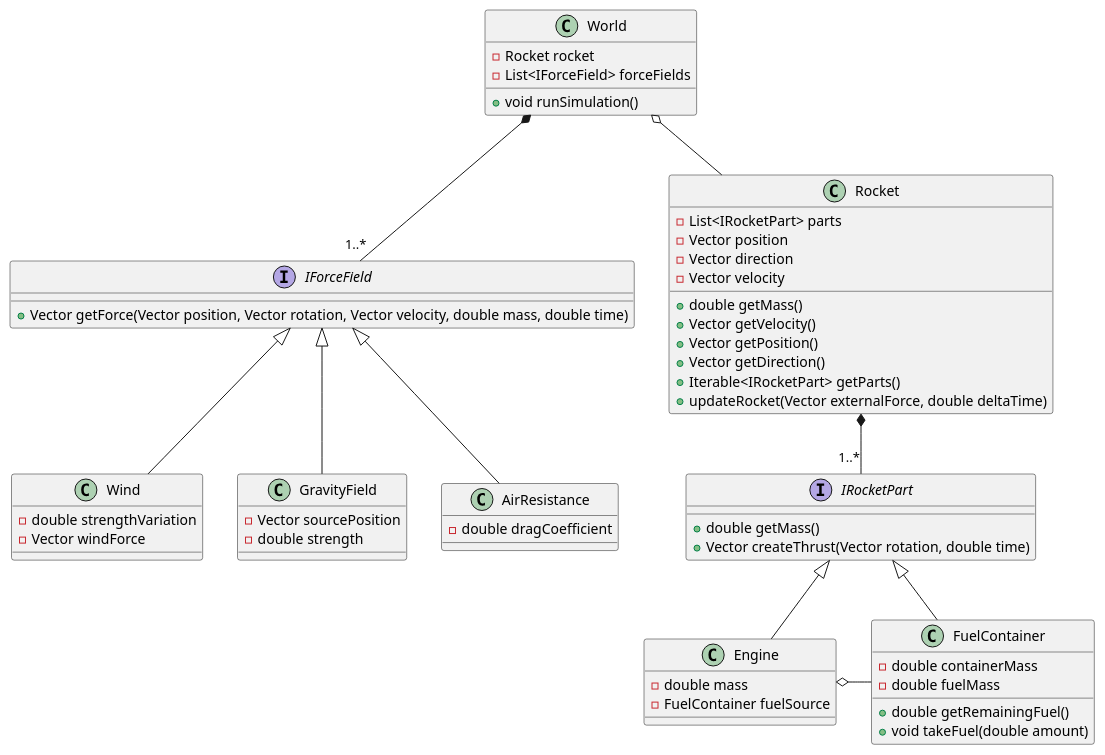
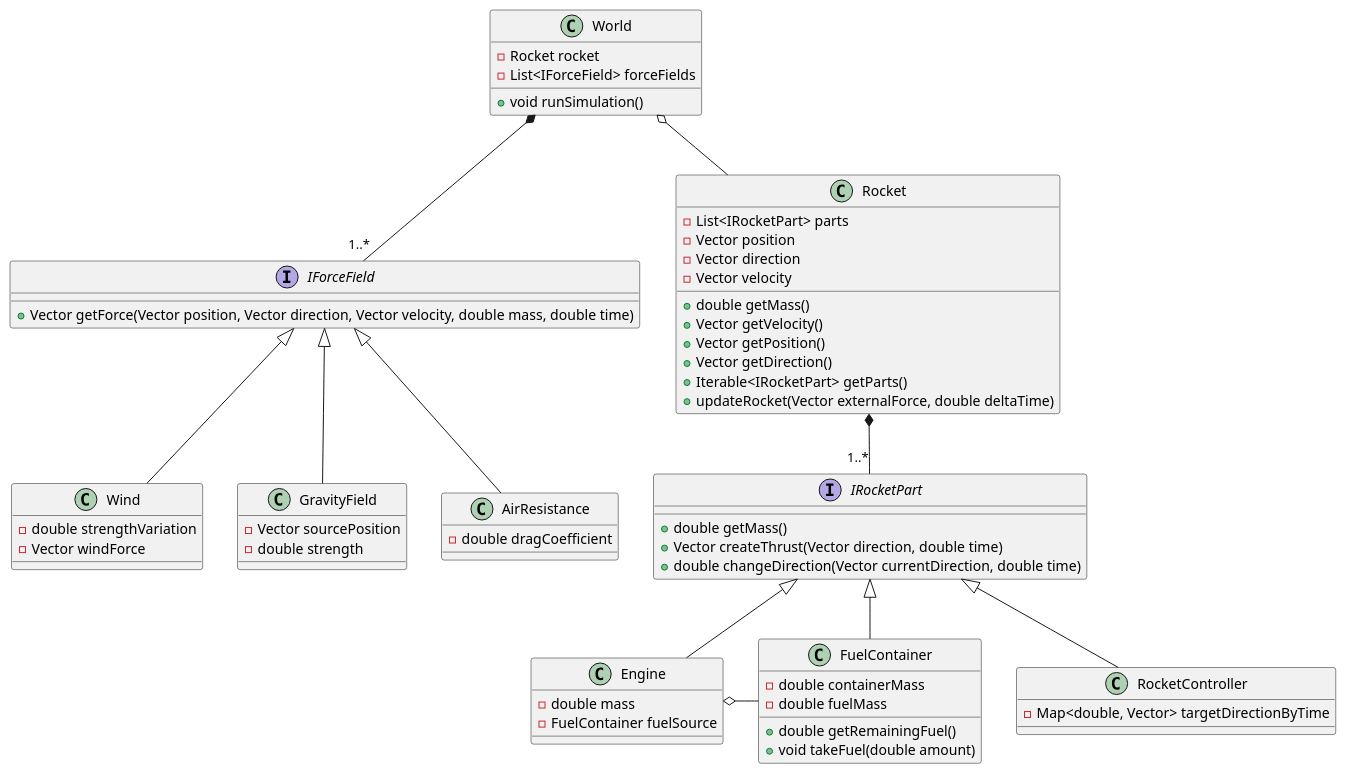
Before and after one commit to szyminson/oop-project: the diagram in docs/uml.puml, drawn with PlantUML.

Commit message:
Class diagram: add rocket controller and an option for rocket part to control direction.

```diff
--- a/docs/uml.puml
+++ b/docs/uml.puml
@@ -1,75 +1,81 @@
 @startuml
 
 interface IRocketPart {
   + double getMass()
-  + Vector createThrust(Vector rotation, double time)
+  + Vector createThrust(Vector direction, double time)
+  + double changeDirection(Vector currentDirection, double time)
 }
 
 interface IForceField {
-  + Vector getForce(Vector position, Vector rotation, Vector velocity, double mass, double time)
+  + Vector getForce(Vector position, Vector direction, Vector velocity, double mass, double time)
 }
 
 class Wind {
   - double strengthVariation
   - Vector windForce
 }
 
 class GravityField {
   - Vector sourcePosition
   - double strength
 }
 
 class AirResistance {
   - double dragCoefficient
 }
 
 
 World o-- Rocket
 World *-- "1..*" IForceField
 
 Rocket *-- "1..*" IRocketPart
 
 IForceField <|-- Wind
 IForceField <|-- GravityField
 IForceField <|-- AirResistance
 
 IRocketPart <|-- FuelContainer
 IRocketPart <|-- Engine
+IRocketPart <|-- RocketController
 
 Engine o- FuelContainer
 
 class Engine {
   - double mass
   - FuelContainer fuelSource
 }
 
 class FuelContainer {
   - double containerMass
   - double fuelMass
 
   + double getRemainingFuel()
   + void takeFuel(double amount)
+}
+
+class RocketController {
+  - Map<double, Vector> targetDirectionByTime
 }
 
 class World {
   - Rocket rocket
   - List<IForceField> forceFields
 
   + void runSimulation()
 }
 
 class Rocket {
   - List<IRocketPart> parts
   - Vector position
   - Vector direction
   - Vector velocity
 
   + double getMass()
   + Vector getVelocity()
   + Vector getPosition()
   + Vector getDirection()
   + Iterable<IRocketPart> getParts()
   + updateRocket(Vector externalForce, double deltaTime)
 }
 
 @enduml
```
